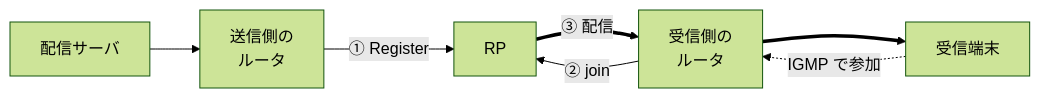
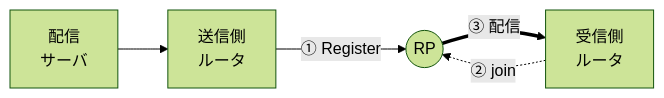
The fourth of 4 diagrams in network/routing/multicast.md (nnnaanaa/document), drawn with Mermaid (forest theme) before and after one commit. The commit also changed other lines of this file and 2 other files, not shown here.

Commit message:
IPsec・VRRP・マルチキャスト暗記シートの図の横幅を詰める

````diff
--- a/network/routing/multicast.md
+++ b/network/routing/multicast.md
@@ -177,9 +176,7 @@
 ```mermaid
 flowchart LR
-  S["配信サーバ"] --> F["送信側の<br>ルータ"]
-  F -- "① Register" --> RP["RP"]
-  L["受信側の<br>ルータ"] -- "② join" --> RP
-  H["受信端末"] -. "IGMP で参加" .-> L
-  RP == "③ 配信" ==> L
-  L ==> H
+  S["配信<br>サーバ"] --> F["送信側<br>ルータ"]
+  F -- "① Register" --> RP(("RP"))
+  RP == "③ 配信" ==> L["受信側<br>ルータ"]
+  L -. "② join" .-> RP
 ```
````
